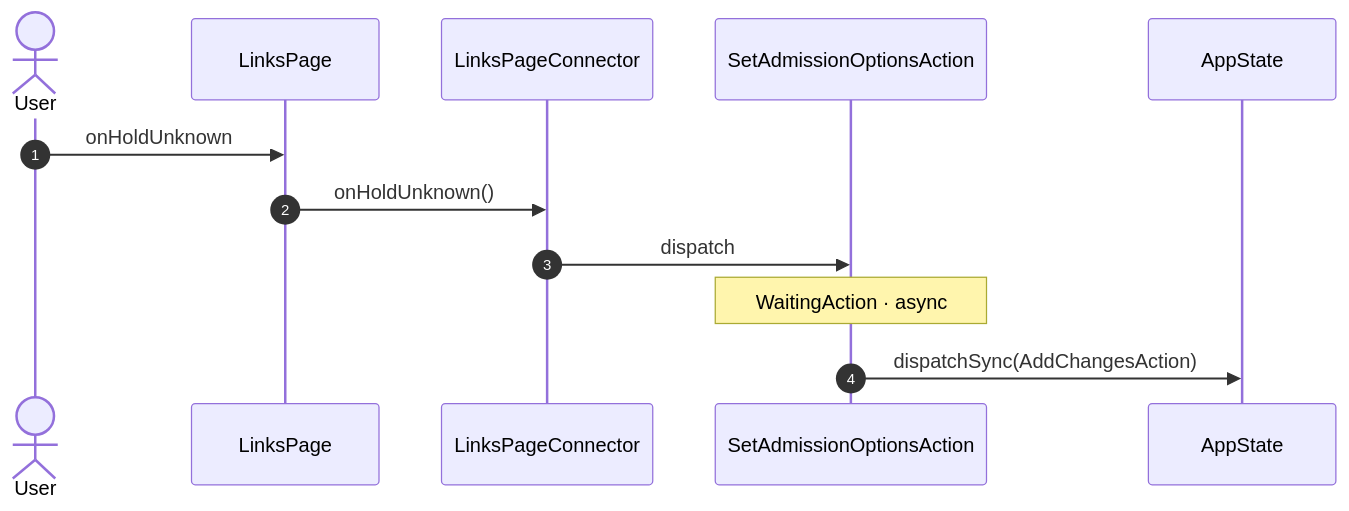
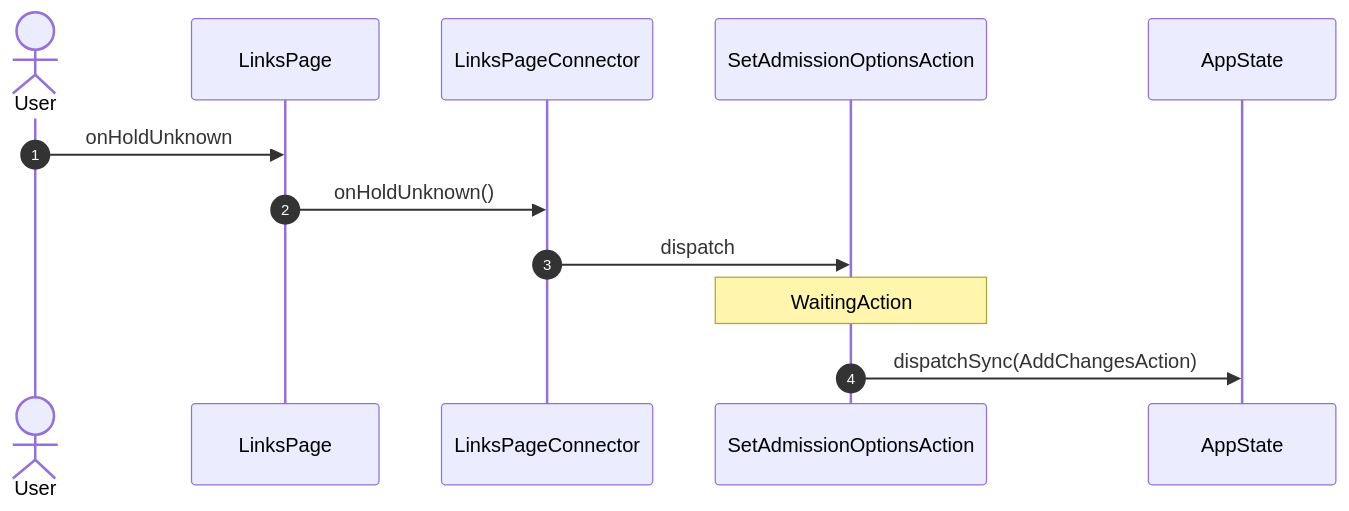
One commit to gencto/wyrm changed diagram 11 of 21 in studio/docs/flows/links.md. Above: the diagram before and after it, drawn with Mermaid. The commit also changed other lines of this file and 2 other files, not shown here.

Commit message:
studio: second audit of #137 (M4): faults.dart dispatches straight, the wrapper rule sees ternaries and if-bodies
The fresh/report helpers of faults.dart are gone: each handler dispatches
ReportProblemAction itself (dispatchSync: the reducer is sync, the store
notifies after the frame, so a report during a build is safe; the
uncaught-fault app test covers it). The dispatch-wrapper rule also counts a
dispatch behind a ternary or inside an if-body; its bad probe has both
cases, and each case alone hits.

````diff
--- a/studio/docs/flows/links.md
+++ b/studio/docs/flows/links.md
@@ -181,15 +181,15 @@
 ```mermaid
 sequenceDiagram
     autonumber
     actor User
     participant UI as LinksPage
     participant VM as LinksPageConnector
     participant A1 as SetAdmissionOptionsAction
     participant ST as AppState
 
     User->>UI: onHoldUnknown
     UI->>VM: onHoldUnknown()
     VM->>A1: dispatch
-    Note over A1: WaitingAction · async
+    Note over A1: WaitingAction
     A1->>ST: dispatchSync(AddChangesAction)
 ```
````
